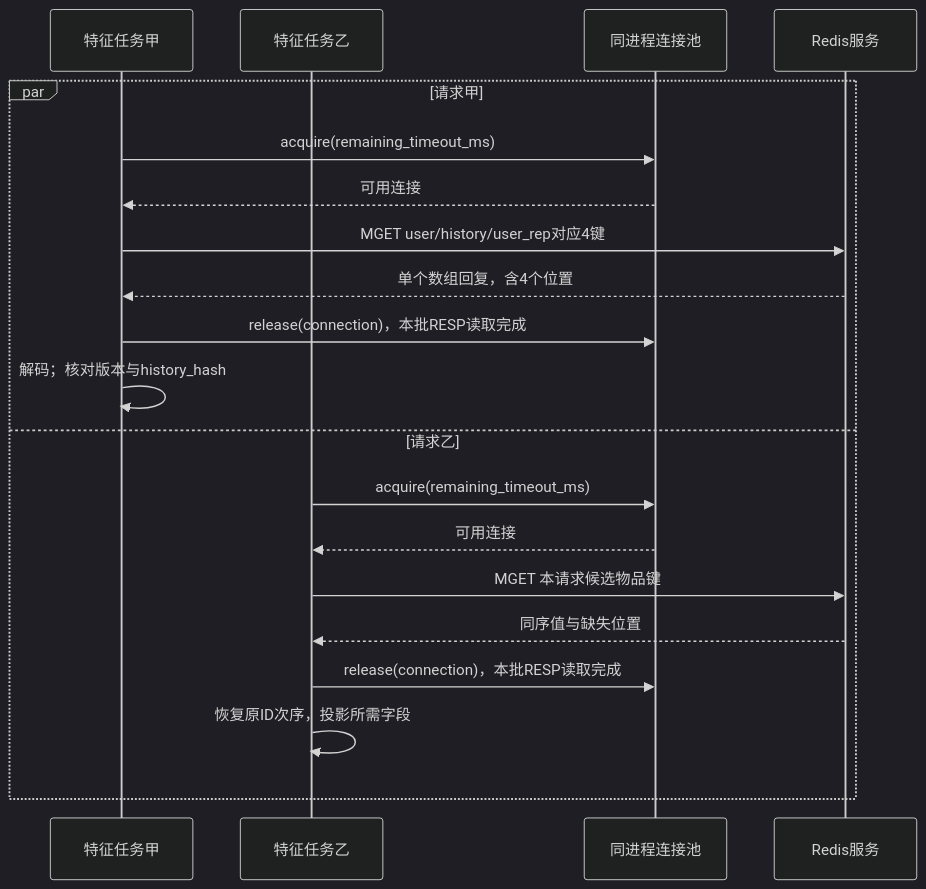
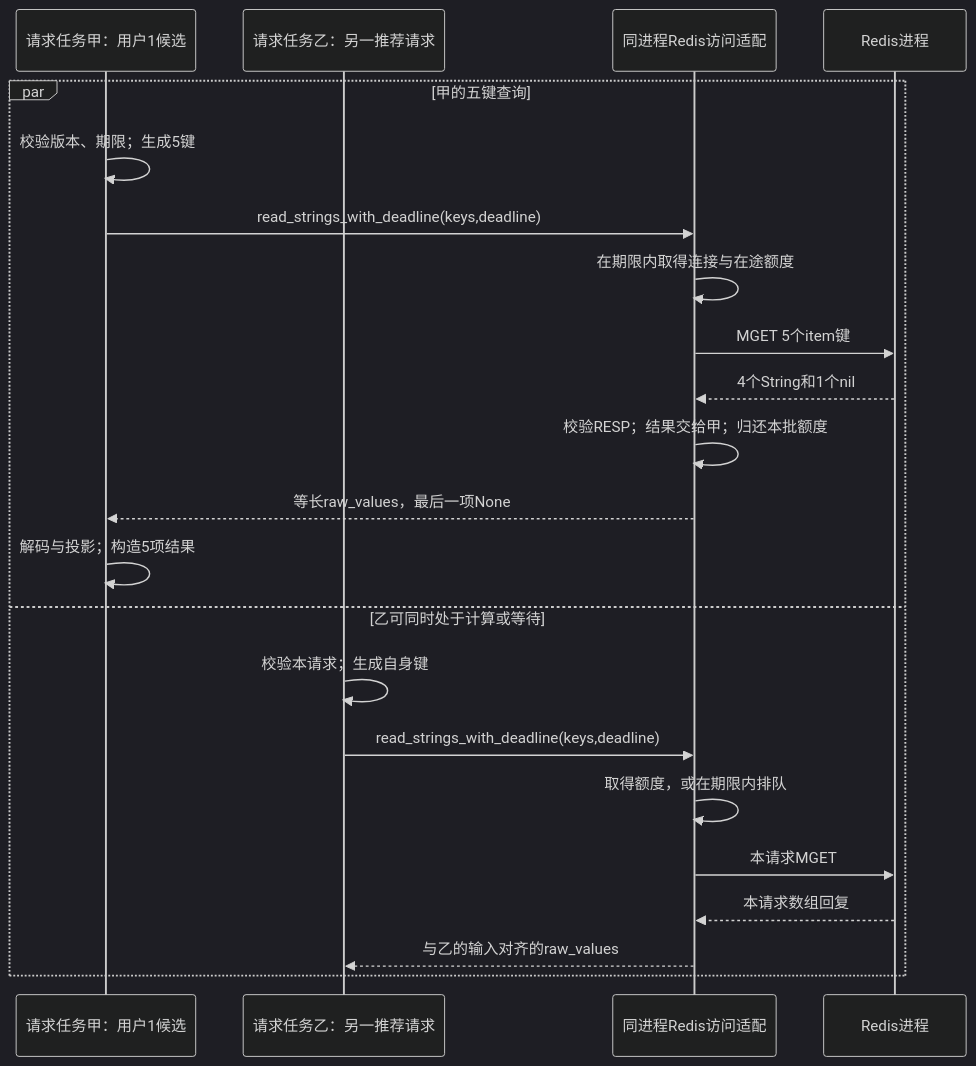
One commit to bitianyuan123/docs changed the diagram in diagrams/05_feature_data_03.mmd. Above: the diagram before and after it, drawn with Mermaid (dark theme). The commit also changed 110 other files, not shown here.

```diff
--- a/diagrams/05_feature_data_03.mmd
+++ b/diagrams/05_feature_data_03.mmd
@@ -1,20 +1,22 @@
 sequenceDiagram
-    participant A as 特征任务甲
-    participant B as 特征任务乙
-    participant C as 同进程连接池
-    participant R as Redis服务
-    par 请求甲
-        A->>C: acquire(remaining_timeout_ms)
-        C-->>A: 可用连接
-        A->>R: MGET user/history/user_rep对应4键
-        R-->>A: 单个数组回复，含4个位置
-        A->>C: release(connection)，本批RESP读取完成
-        A->>A: 解码；核对版本与history_hash
-    and 请求乙
-        B->>C: acquire(remaining_timeout_ms)
-        C-->>B: 可用连接
-        B->>R: MGET 本请求候选物品键
-        R-->>B: 同序值与缺失位置
-        B->>C: release(connection)，本批RESP读取完成
-        B->>B: 恢复原ID次序，投影所需字段
+    participant A as 请求任务甲：用户1候选
+    participant B as 请求任务乙：另一推荐请求
+    participant C as 同进程Redis访问适配
+    participant R as Redis进程
+    par 甲的五键查询
+        A->>A: 校验版本、期限；生成5键
+        A->>C: read_strings_with_deadline(keys,deadline)
+        C->>C: 在期限内取得连接与在途额度
+        C->>R: MGET 5个item键
+        R-->>C: 4个String和1个nil
+        C->>C: 校验RESP；结果交给甲；归还本批额度
+        C-->>A: 等长raw_values，最后一项None
+        A->>A: 解码与投影；构造5项结果
+    and 乙可同时处于计算或等待
+        B->>B: 校验本请求；生成自身键
+        B->>C: read_strings_with_deadline(keys,deadline)
+        C->>C: 取得额度，或在期限内排队
+        C->>R: 本请求MGET
+        R-->>C: 本请求数组回复
+        C-->>B: 与乙的输入对齐的raw_values
     end
```
